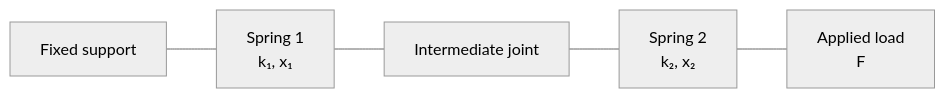
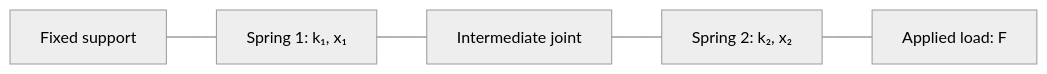
Before and after one commit to aviation-impact-accelerator/bilt: the first of 3 diagrams in docs/worked_examples/two-springs-in-series.md, drawn with Mermaid (neutral theme). The commit also changed other lines of this file and 3 other files, not shown here.

````diff
--- a/docs/worked_examples/two-springs-in-series.md
+++ b/docs/worked_examples/two-springs-in-series.md
@@ -16,7 +16,7 @@
 ```mermaid
 flowchart LR
-    support[Fixed support] --- s1["Spring 1<br/>k₁, x₁"]
+    support[Fixed support] --- s1["Spring 1: k₁, x₁"]
     s1 --- joint[Intermediate joint]
-    joint --- s2["Spring 2<br/>k₂, x₂"]
-    s2 --- load["Applied load<br/>F"]
+    joint --- s2["Spring 2: k₂, x₂"]
+    s2 --- load["Applied load: F"]
 ```
````
